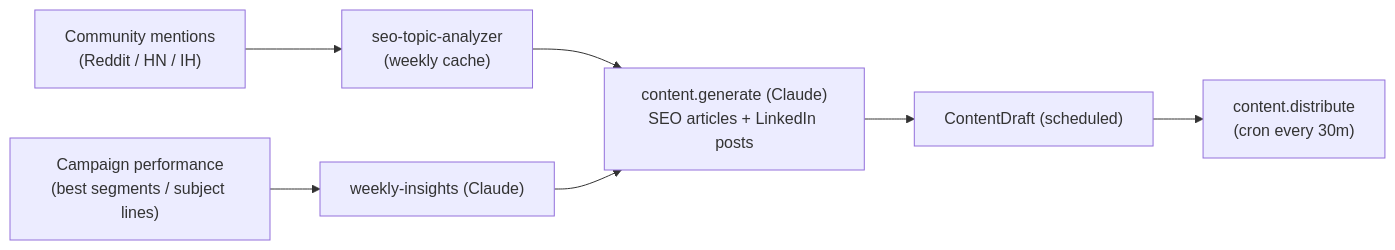
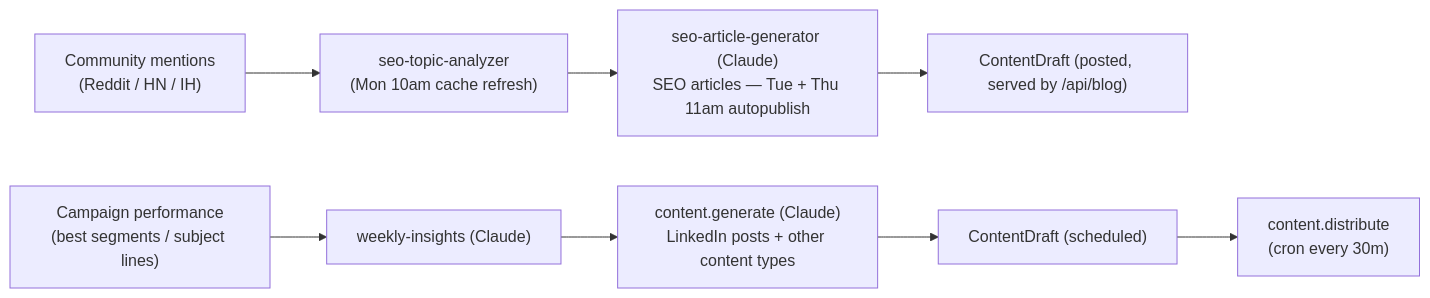
One commit to Korrali/growth changed the fifth of 6 diagrams in docs/architecture-flow.md. Above: the diagram before and after it, drawn with Mermaid. The commit also changed other lines of this file and 6 other files, not shown here.

````diff
--- a/docs/architecture-flow.md
+++ b/docs/architecture-flow.md
@@ -122,9 +129,10 @@
 ```mermaid
 flowchart LR
-    COMM["Community mentions<br/>(Reddit / HN / IH)"] --> TOP["seo-topic-analyzer<br/>(weekly cache)"]
+    COMM["Community mentions<br/>(Reddit / HN / IH)"] --> TOP["seo-topic-analyzer<br/>(Mon 10am cache refresh)"]
     PERF["Campaign performance<br/>(best segments / subject lines)"] --> INS["weekly-insights (Claude)"]
-    TOP --> GEN["content.generate (Claude)<br/>SEO articles + LinkedIn posts"]
-    INS --> GEN
-    GEN --> SCHED["ContentDraft (scheduled)"]
-    SCHED --> DIST["content.distribute<br/>(cron every 30m)"]
+    TOP --> GEN["seo-article-generator (Claude)<br/>SEO articles — Tue + Thu 11am autopublish"]
+    INS --> GEN2["content.generate (Claude)<br/>LinkedIn posts + other content types"]
+    GEN --> SCHED["ContentDraft (posted, served by /api/blog)"]
+    GEN2 --> SCHED2["ContentDraft (scheduled)"]
+    SCHED2 --> DIST["content.distribute<br/>(cron every 30m)"]
 ```
````
